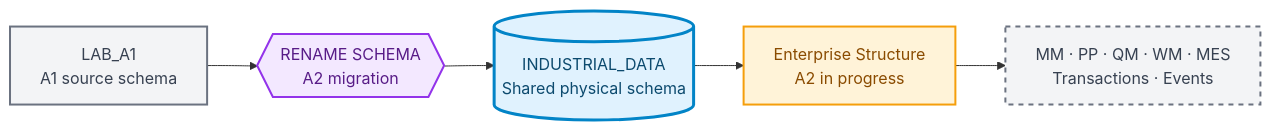
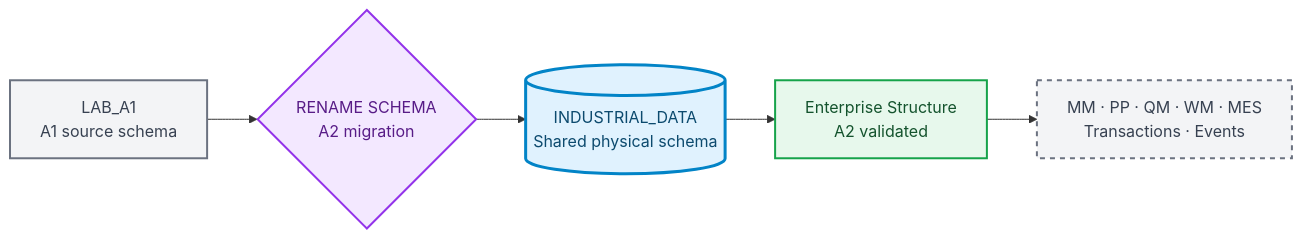
Before and after one commit to OrlandoCaetano2026/SAP_HANA_Cloud_Data_Engineering_Learning: the first of 2 diagrams in Industrial-Data-Universe/Blueprint/EN/industrial-data-universe-blueprint.en.md, drawn with Mermaid. The commit also changed other lines of this file and 35 other files, not shown here.

Commit message:
Complete A2 enterprise structure documentation and blueprint

````diff
--- a/Industrial-Data-Universe/Blueprint/EN/industrial-data-universe-blueprint.en.md
+++ b/Industrial-Data-Universe/Blueprint/EN/industrial-data-universe-blueprint.en.md
@@ -26,14 +25,14 @@
 ```mermaid
 flowchart LR
     OLD["LAB_A1<br/>A1 source schema"]:::previous
-    MIG{{"RENAME SCHEMA<br/>A2 migration"}}:::migration
+    MIG{"RENAME SCHEMA<br/>A2 migration"}:::migration
     NEW[("INDUSTRIAL_DATA<br/>Shared physical schema")]:::current
-    ES["Enterprise Structure<br/>A2 in progress"]:::next
+    ES["Enterprise Structure<br/>A2 validated"]:::done
     FUT["MM · PP · QM · WM · MES<br/>Transactions · Events"]:::future
     OLD --> MIG --> NEW --> ES --> FUT
     classDef previous fill:#F3F4F6,stroke:#6B7280,color:#374151,stroke-width:2px;
     classDef migration fill:#F3E8FF,stroke:#9333EA,color:#581C87,stroke-width:2px;
     classDef current fill:#E0F2FE,stroke:#0284C7,color:#0C4A6E,stroke-width:3px;
-    classDef next fill:#FFF3D8,stroke:#F59E0B,color:#8A4B00,stroke-width:2px;
+    classDef done fill:#E7F8EC,stroke:#16A34A,color:#14532D,stroke-width:2px;
     classDef future fill:#F3F4F6,stroke:#6B7280,color:#374151,stroke-width:2px,stroke-dasharray:5 5;
 ```
````
